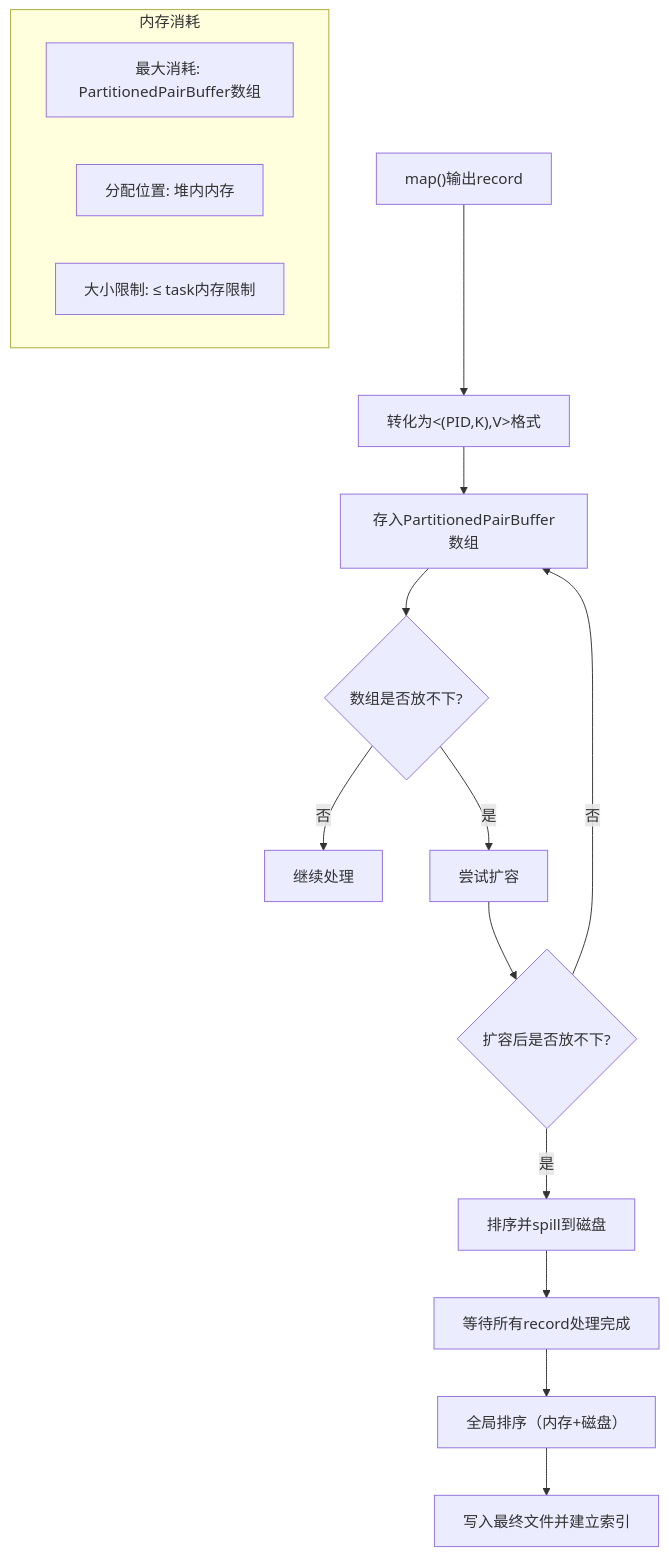
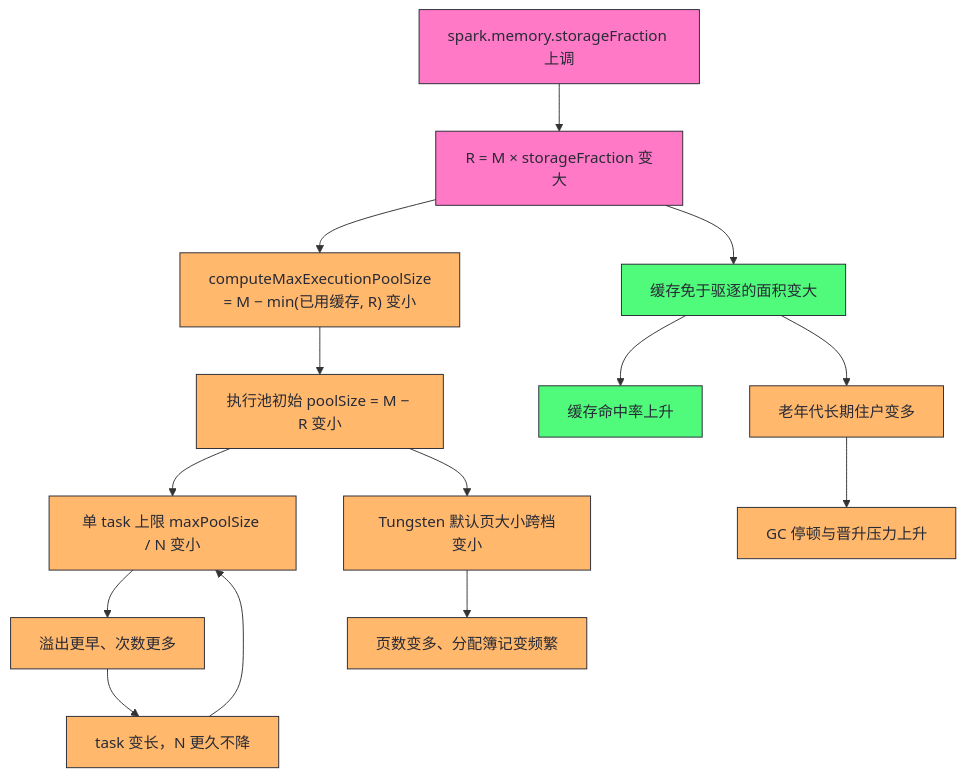
Before and after one commit to hpliStartAgain/my-brain: the third of 6 diagrams in content/大数据/Spark/读书笔记-spark内核/04_存储与容错机制/2. Spark内存管理模型深度解析.md, drawn with Mermaid. The commit also changed other lines of this file and 259 other files, not shown here.

````diff
--- a/content/大数据/Spark/读书笔记-spark内核/04_存储与容错机制/2. Spark内存管理模型深度解析.md
+++ b/content/大数据/Spark/读书笔记-spark内核/04_存储与容错机制/2. Spark内存管理模型深度解析.md
@@ -260,20 +166,23 @@
 ```mermaid
+%%{init: {'theme': 'dracula'}}%%
 flowchart TD
-    A["map()输出<K,V>record"] --> B["转化为<(PID,K),V>格式"]
-    B --> C["存入PartitionedPairBuffer数组"]
-    C --> D{"数组是否放不下?"}
-    D -->|"否"| E["继续处理"]
-    D -->|"是"| F["尝试扩容"]
-    F --> G{"扩容后是否放不下?"}
-    G -->|"是"| H["排序并spill到磁盘"]
-    G -->|"否"| C
-    H --> I["等待所有record处理完成"]
-    I --> J["全局排序（内存+磁盘）"]
-    J --> K["写入最终文件并建立索引"]
-    
-    subgraph "内存消耗"
-        L["最大消耗: PartitionedPairBuffer数组"]
-        M["分配位置: 堆内内存"]
-        N["大小限制: ≤ task内存限制"]
-    end
+    A["spark.memory.storageFraction 上调"] --> B["R = M × storageFraction 变大"]
+    B --> C["computeMaxExecutionPoolSize<br/>= M − min(已用缓存, R) 变小"]
+    B --> D["缓存免于驱逐的面积变大"]
+    C --> E["执行池初始 poolSize = M − R 变小"]
+    E --> F["单 task 上限 maxPoolSize / N 变小"]
+    F --> G["溢出更早、次数更多"]
+    E --> H["Tungsten 默认页大小跨档变小"]
+    H --> I["页数变多、分配簿记变频繁"]
+    D --> J["缓存命中率上升"]
+    D --> K["老年代长期住户变多"]
+    K --> L["GC 停顿与晋升压力上升"]
+    G --> M["task 变长，N 更久不降"]
+    M --> F
+    classDef cause fill:#ff79c6,stroke:#282a36,color:#282a36
+    classDef good fill:#50fa7b,stroke:#282a36,color:#282a36
+    classDef bad fill:#ffb86c,stroke:#282a36,color:#282a36
+    class A,B cause
+    class D,J good
+    class C,E,F,G,H,I,K,L,M bad
 ```
````
